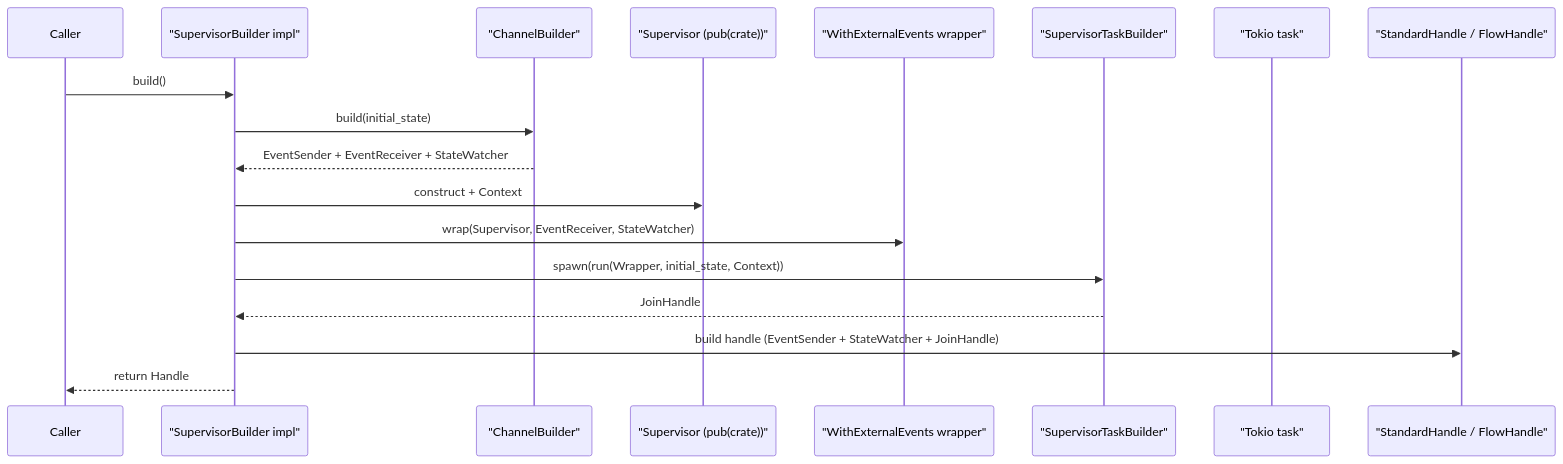
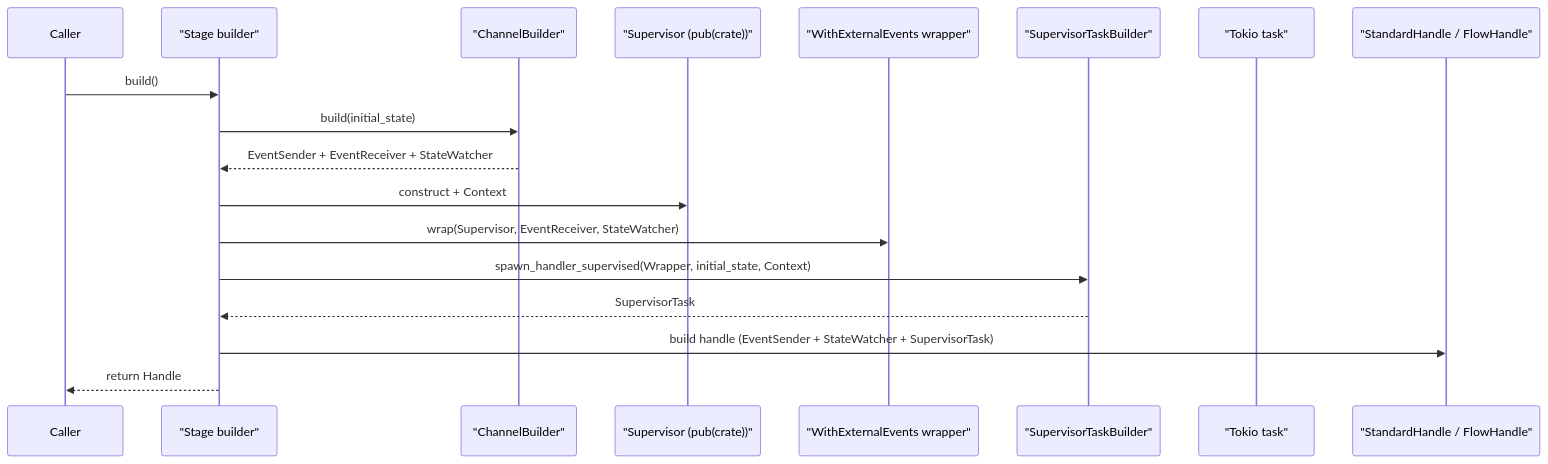
One commit to ObzenFlow/obzenflow changed the first of 3 diagrams in crates/obzenflow_runtime/src/supervised_base/README.md. Above: the diagram before and after it, drawn with Mermaid. The commit also changed other lines of this file and 172 other files, not shown here.

First line of the commit message:
FLOWIP-142a: Application lifecycle FSM (#108)

````diff
--- a/crates/obzenflow_runtime/src/supervised_base/README.md
+++ b/crates/obzenflow_runtime/src/supervised_base/README.md
@@ -141,21 +140,21 @@
 ```mermaid
 sequenceDiagram
   participant Caller
-  participant Builder as "SupervisorBuilder impl"
+  participant Builder as "Stage builder"
   participant Channels as "ChannelBuilder"
   participant Supervisor as "Supervisor (pub(crate))"
   participant Wrapper as "WithExternalEvents wrapper"
   participant TaskBuilder as "SupervisorTaskBuilder"
   participant Task as "Tokio task"
   participant Handle as "StandardHandle / FlowHandle"
 
   Caller->>Builder: build()
   Builder->>Channels: build(initial_state)
   Channels-->>Builder: EventSender + EventReceiver + StateWatcher
   Builder->>Supervisor: construct + Context
   Builder->>Wrapper: wrap(Supervisor, EventReceiver, StateWatcher)
-  Builder->>TaskBuilder: spawn(run(Wrapper, initial_state, Context))
-  TaskBuilder-->>Builder: JoinHandle
-  Builder->>Handle: build handle (EventSender + StateWatcher + JoinHandle)
+  Builder->>TaskBuilder: spawn_handler_supervised(Wrapper, initial_state, Context)
+  TaskBuilder-->>Builder: SupervisorTask
+  Builder->>Handle: build handle (EventSender + StateWatcher + SupervisorTask)
   Builder-->>Caller: return Handle
 ```
````
